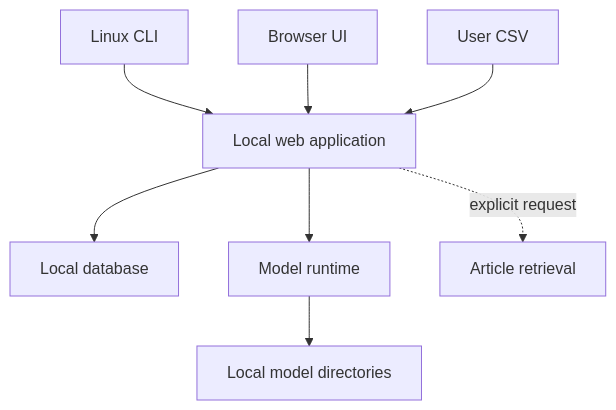
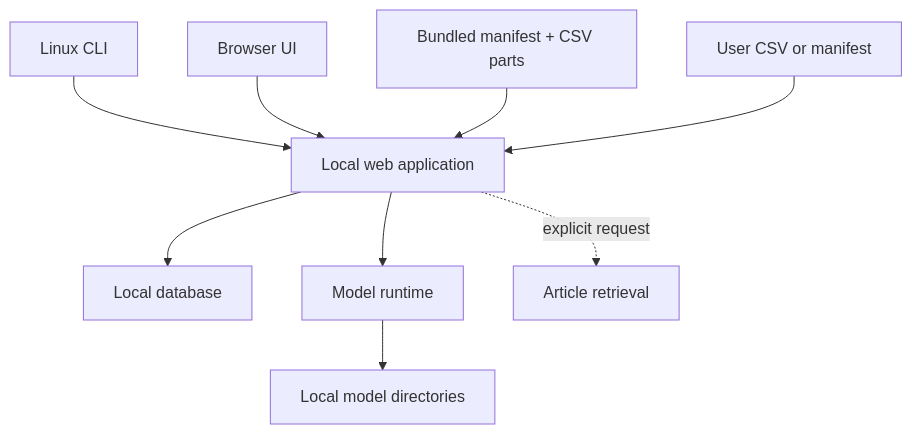
Before and after one commit to bianchi-john/publisher-reliability-tool: the first of 2 diagrams in docs/architecture.md, drawn with Mermaid. The commit also changed other lines of this file and 14 other files, not shown here.

````diff
--- a/docs/architecture.md
+++ b/docs/architecture.md
@@ -21,10 +21,11 @@
 ```mermaid
 flowchart TD
     CLI["Linux CLI"] --> APP["Local web application"]
     UI["Browser UI"] --> APP
-    CSV["User CSV"] --> APP
+    RELEASE["Bundled manifest + CSV parts"] --> APP
+    CSV["User CSV or manifest"] --> APP
     APP --> DB["Local database"]
     APP --> RUNTIME["Model runtime"]
     RUNTIME --> FILES["Local model directories"]
     APP -. explicit request .-> WEB["Article retrieval"]
 ```
````
